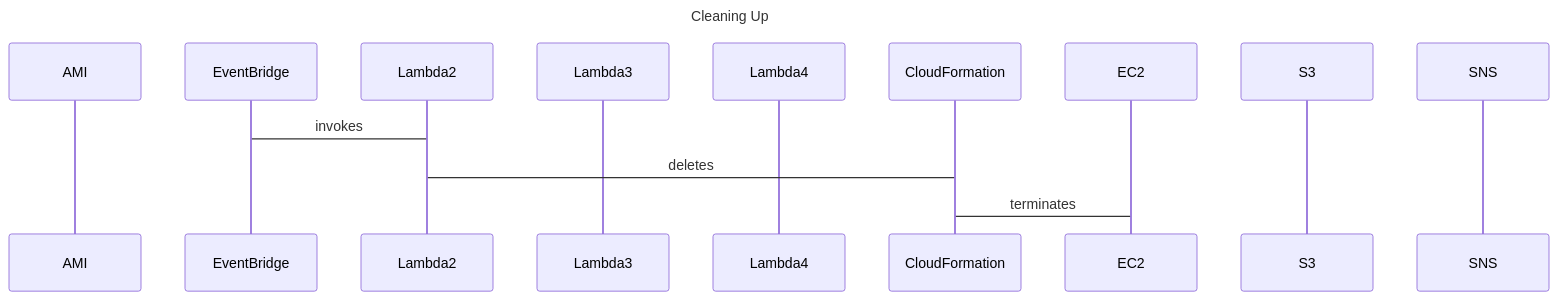
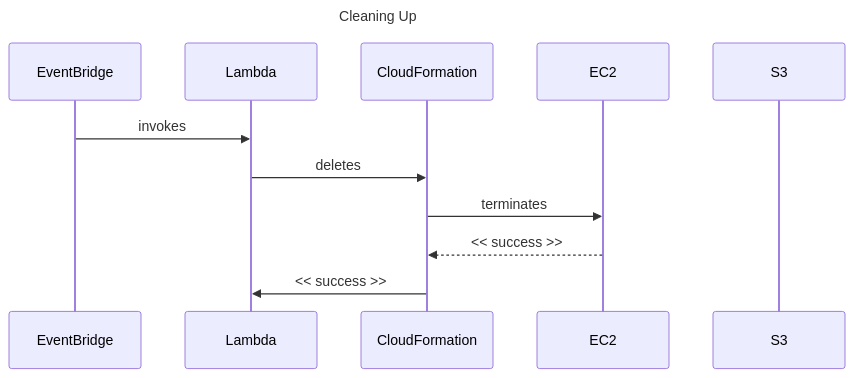
The second of 4 diagrams in README.md (scottbrown/hardtarget), drawn with Mermaid before and after one commit. The commit also changed other lines of this file, not shown here.

Commit message:
Fixing diagram

````diff
--- a/README.md
+++ b/README.md
@@ -55,18 +54,16 @@
 ```mermaid
 sequenceDiagram
   title Cleaning Up
 
-  participant AMI
   participant EB as EventBridge
-  participant L2 as Lambda2
-  participant L3 as Lambda3
-  participant L4 as Lambda4
+  participant L as Lambda
   participant CFN as CloudFormation
   participant EC2
   participant S3
-  participant SNS
 
-  EB->L2: invokes
-  L2->CFN: deletes
-  CFN->EC2: terminates
+  EB->>L: invokes
+  L->>CFN: deletes
+  CFN->>EC2: terminates
+  EC2-->>CFN: << success >>
+  CFN->>L: << success >>
 ```
````
